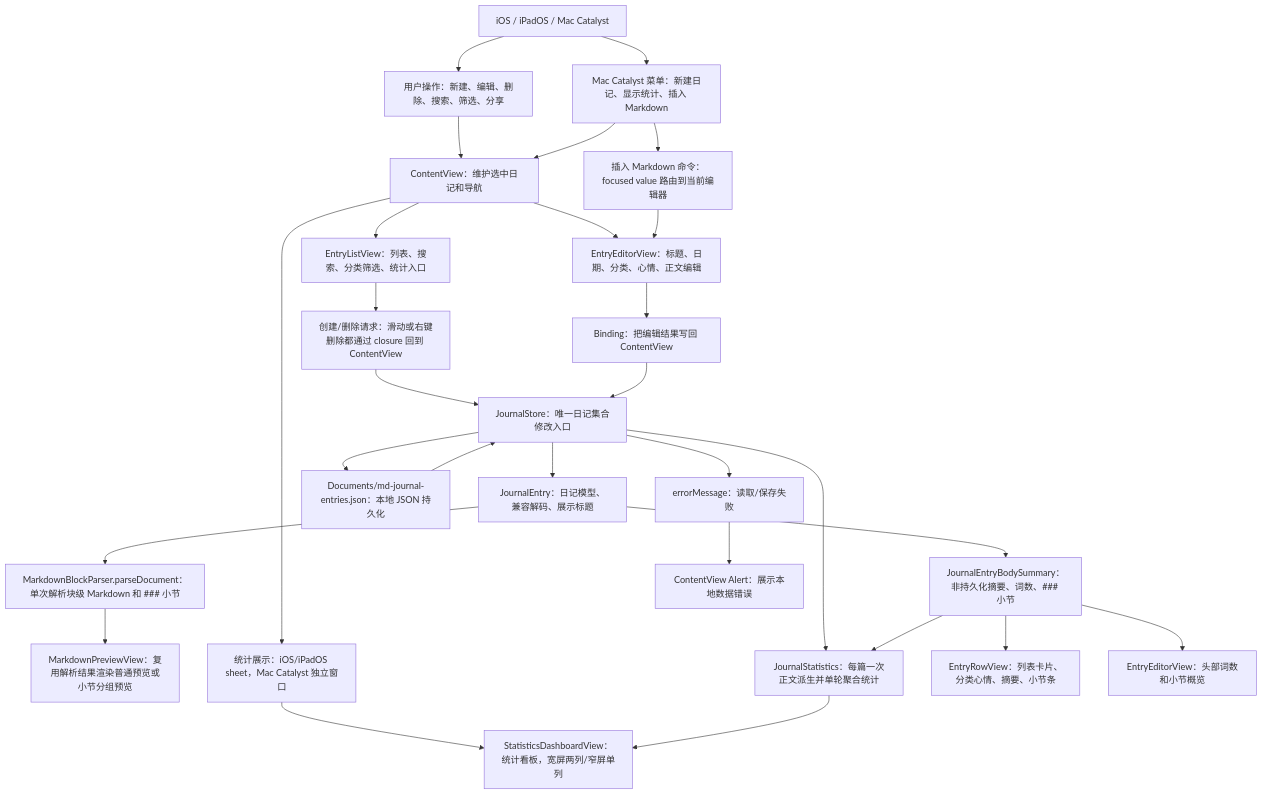
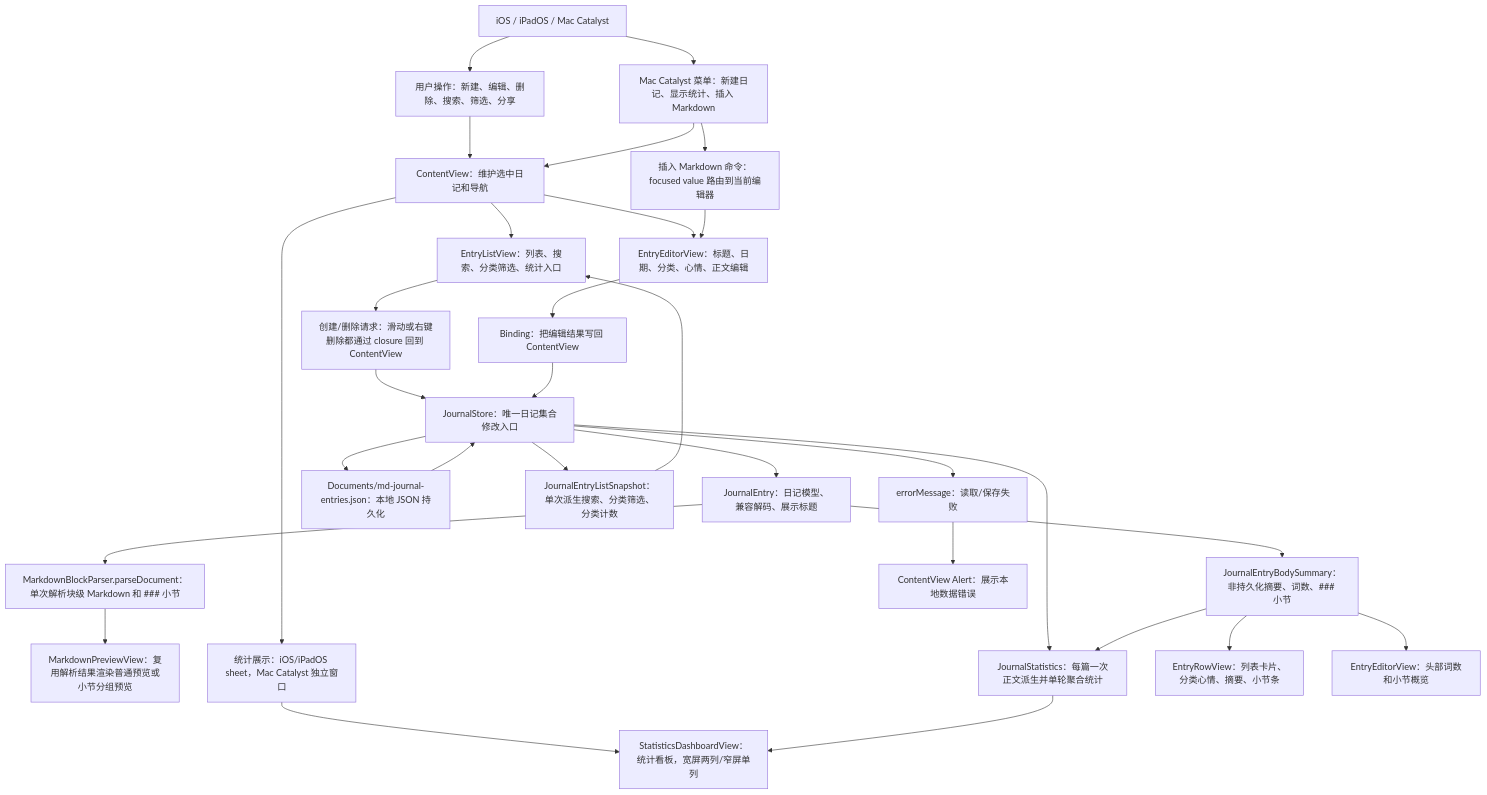
Before and after one commit to Altman-sam114/117: the first of 5 diagrams in md/flow/flowchart.md, drawn with Mermaid. The commit also changed other lines of this file and 10 other files, not shown here.

````diff
--- a/md/flow/flowchart.md
+++ b/md/flow/flowchart.md
@@ -9,30 +9,32 @@
 ```mermaid
 flowchart TD
   Platform["iOS / iPadOS / Mac Catalyst"] --> User["用户操作：新建、编辑、删除、搜索、筛选、分享"]
   Platform --> Menu["Mac Catalyst 菜单：新建日记、显示统计、插入 Markdown"]
   User --> CV["ContentView：维护选中日记和导航"]
   Menu --> CV
   CV --> List["EntryListView：列表、搜索、分类筛选、统计入口"]
   CV --> Editor["EntryEditorView：标题、日期、分类、心情、正文编辑"]
   Menu --> SnippetCommand["插入 Markdown 命令：focused value 路由到当前编辑器"]
   SnippetCommand --> Editor
   List --> CreateDelete["创建/删除请求：滑动或右键删除都通过 closure 回到 ContentView"]
   Editor --> Binding["Binding<JournalEntry>：把编辑结果写回 ContentView"]
   CreateDelete --> Store["JournalStore：唯一日记集合修改入口"]
   Binding --> Store
   Store --> Model["JournalEntry：日记模型、兼容解码、展示标题"]
   Store --> JSON["Documents/md-journal-entries.json：本地 JSON 持久化"]
   JSON --> Store
   Model --> Summary["JournalEntryBodySummary：非持久化摘要、词数、### 小节"]
+  Store --> ListSnapshot["JournalEntryListSnapshot：单次派生搜索、分类筛选、分类计数"]
+  ListSnapshot --> List
   Model --> Parser["MarkdownBlockParser.parseDocument：单次解析块级 Markdown 和 ### 小节"]
   Parser --> Preview["MarkdownPreviewView：复用解析结果渲染普通预览或小节分组预览"]
   Store --> Stats["JournalStatistics：每篇一次正文派生并单轮聚合统计"]
   CV --> StatsSurface["统计展示：iOS/iPadOS sheet，Mac Catalyst 独立窗口"]
   StatsSurface --> Dashboard["StatisticsDashboardView：统计看板，宽屏两列/窄屏单列"]
   Stats --> Dashboard
   Summary --> Row["EntryRowView：列表卡片、分类心情、摘要、小节条"]
   Summary --> EditorStats["EntryEditorView：头部词数和小节概览"]
   Summary --> Stats
   Store --> Error["errorMessage：读取/保存失败"]
   Error --> Alert["ContentView Alert：展示本地数据错误"]
 ```
````
